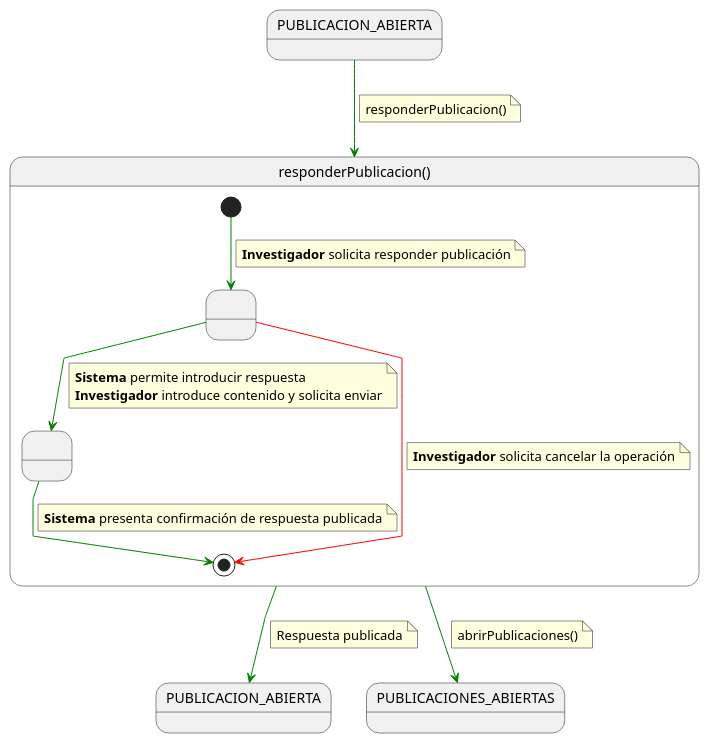
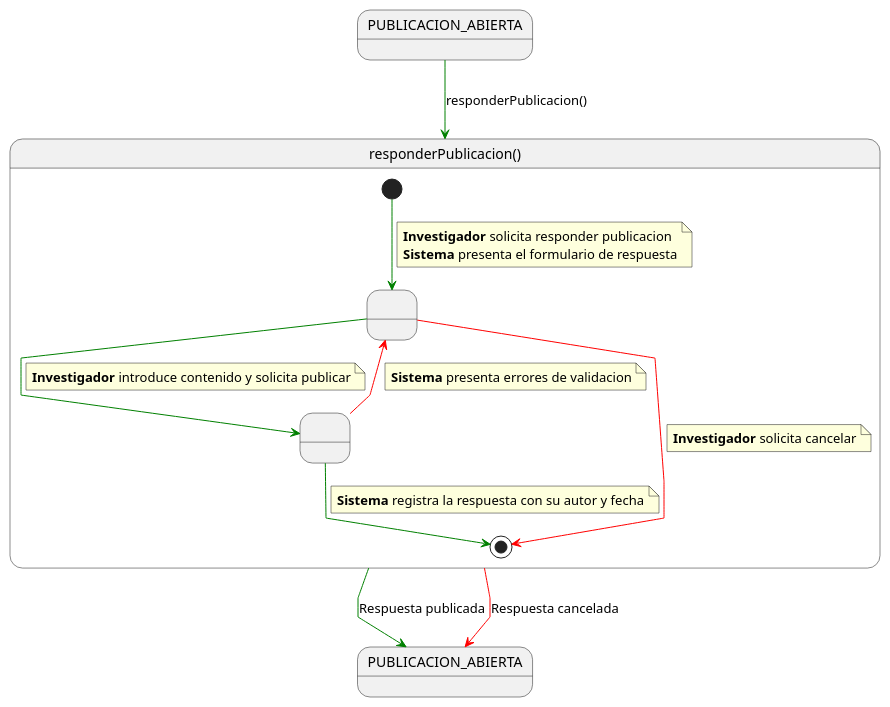
Before and after one commit to beatriizorozco/25-26-idsw2-sdVC: the diagram in modelosUML/RUP/00-casos-uso/02-detalle/investigador/responderPublicacion/especificacion.puml, drawn with PlantUML. The commit also changed 44 other files, not shown here.

```diff
--- a/modelosUML/RUP/00-casos-uso/02-detalle/investigador/responderPublicacion/especificacion.puml
+++ b/modelosUML/RUP/00-casos-uso/02-detalle/investigador/responderPublicacion/especificacion.puml
@@ -1,49 +1,40 @@
 @startuml responderPublicacion
-
 skinparam linetype polyline
 
-state in2 as "PUBLICACION_ABIERTA"
-in2 -[#green]-> responderPublicacion
-note on link
-responderPublicacion()
-end note
+state in1 as "PUBLICACION_ABIERTA"
+in1 -[#green]-> responderPublicacion : responderPublicacion()
 
 state responderPublicacion as "responderPublicacion()" {
-
     state " " as IntroduciendoRespuesta
-    state " " as RespuestaRegistrada
+    state " " as ValidandoRespuesta
 
     [*] -[#green]-> IntroduciendoRespuesta
     note on link
-    <b>Investigador</b> solicita responder publicación
+    <b>Investigador</b> solicita responder publicacion
+    <b>Sistema</b> presenta el formulario de respuesta
     end note
 
-    IntroduciendoRespuesta -[#green]-> RespuestaRegistrada
+    IntroduciendoRespuesta -[#green]-> ValidandoRespuesta
     note on link
-    <b>Sistema</b> permite introducir respuesta
-    <b>Investigador</b> introduce contenido y solicita enviar
+    <b>Investigador</b> introduce contenido y solicita publicar
+    end note
+
+    ValidandoRespuesta -[#green]-> [*]
+    note on link
+    <b>Sistema</b> registra la respuesta con su autor y fecha
+    end note
+
+    ValidandoRespuesta -[#red]-> IntroduciendoRespuesta
+    note on link
+    <b>Sistema</b> presenta errores de validacion
     end note
 
     IntroduciendoRespuesta -[#red]-> [*]
     note on link
-    <b>Investigador</b> solicita cancelar la operación
-    end note
-
-    RespuestaRegistrada -[#green]-> [*]
-    note on link
-    <b>Sistema</b> presenta confirmación de respuesta publicada
+    <b>Investigador</b> solicita cancelar
     end note
 }
 
-
-responderPublicacion -[#green]-> PUBLICACION_ABIERTA
-note on link
-Respuesta publicada
-end note
-
-responderPublicacion -[#green]-> PUBLICACIONES_ABIERTAS
-note on link
-abrirPublicaciones()
-end note
-
+responderPublicacion -[#green]-> PUBLICACION_ABIERTA : Respuesta publicada
+responderPublicacion -[#red]-> PUBLICACION_ABIERTA : Respuesta cancelada
 @enduml
```
